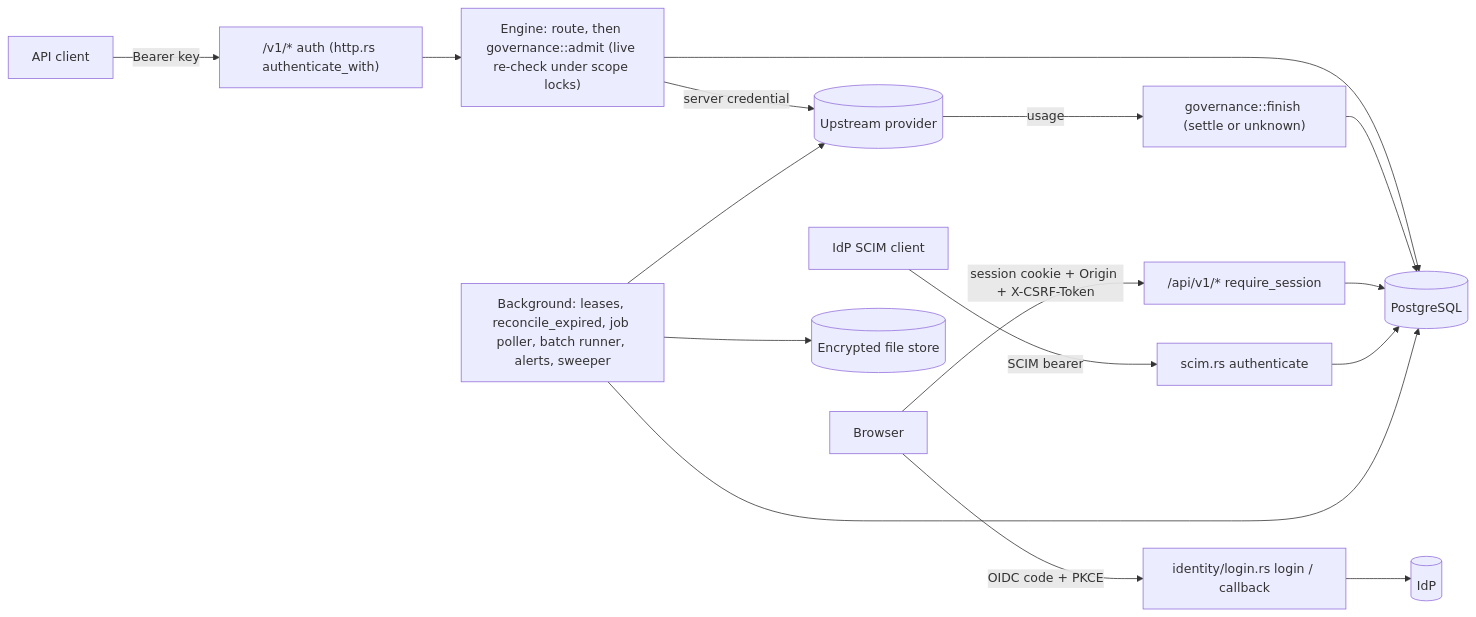
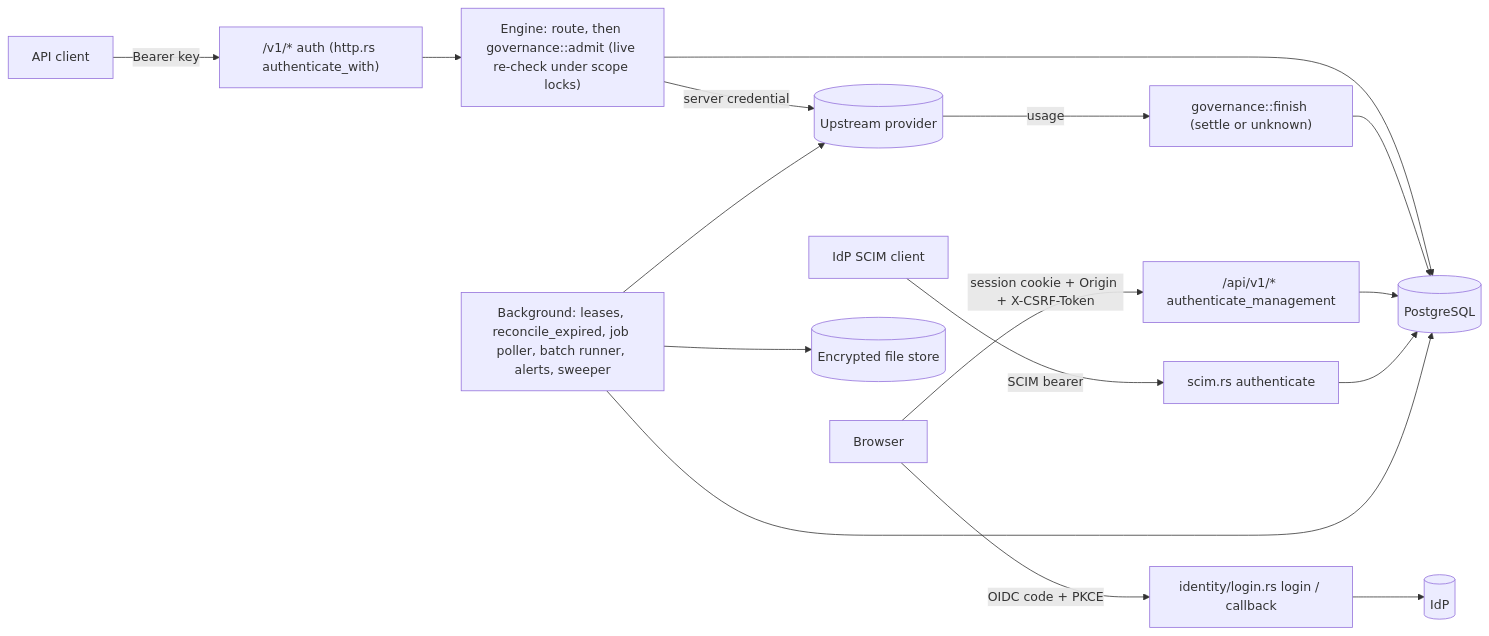
The diagram in docs/threat-model.md (ncecere/open-model-gateway), drawn with Mermaid before and after one commit. The commit also changed other lines of this file and 1 other file, not shown here.

First line of the commit message:
docs(threat-model): describe authenticate_management, not the removed require_session (#514)

````diff
--- a/docs/threat-model.md
+++ b/docs/threat-model.md
@@ -62,18 +62,18 @@
 ```mermaid
 flowchart LR
   C[API client] -- "Bearer key" --> I["/v1/* auth (http.rs authenticate_with)"]
   I --> E["Engine: route, then governance::admit (live re-check under scope locks)"]
   E -- "server credential" --> U[(Upstream provider)]
   E --> DB[(PostgreSQL)]
   U -- "usage" --> S["governance::finish (settle or unknown)"]
   S --> DB
   B[Browser] -- "OIDC code + PKCE" --> O["identity/login.rs login / callback"]
   O --> IdP[(IdP)]
-  B -- "session cookie + Origin + X-CSRF-Token" --> M["/api/v1/* require_session"]
+  B -- "session cookie + Origin + X-CSRF-Token" --> M["/api/v1/* authenticate_management"]
   M --> DB
   P[IdP SCIM client] -- "SCIM bearer" --> SC["scim.rs authenticate"]
   SC --> DB
   W["Background: leases, reconcile_expired, job poller, batch runner, alerts, sweeper"] --> DB
   W --> U
   W --> FS[(Encrypted file store)]
 ```
````
